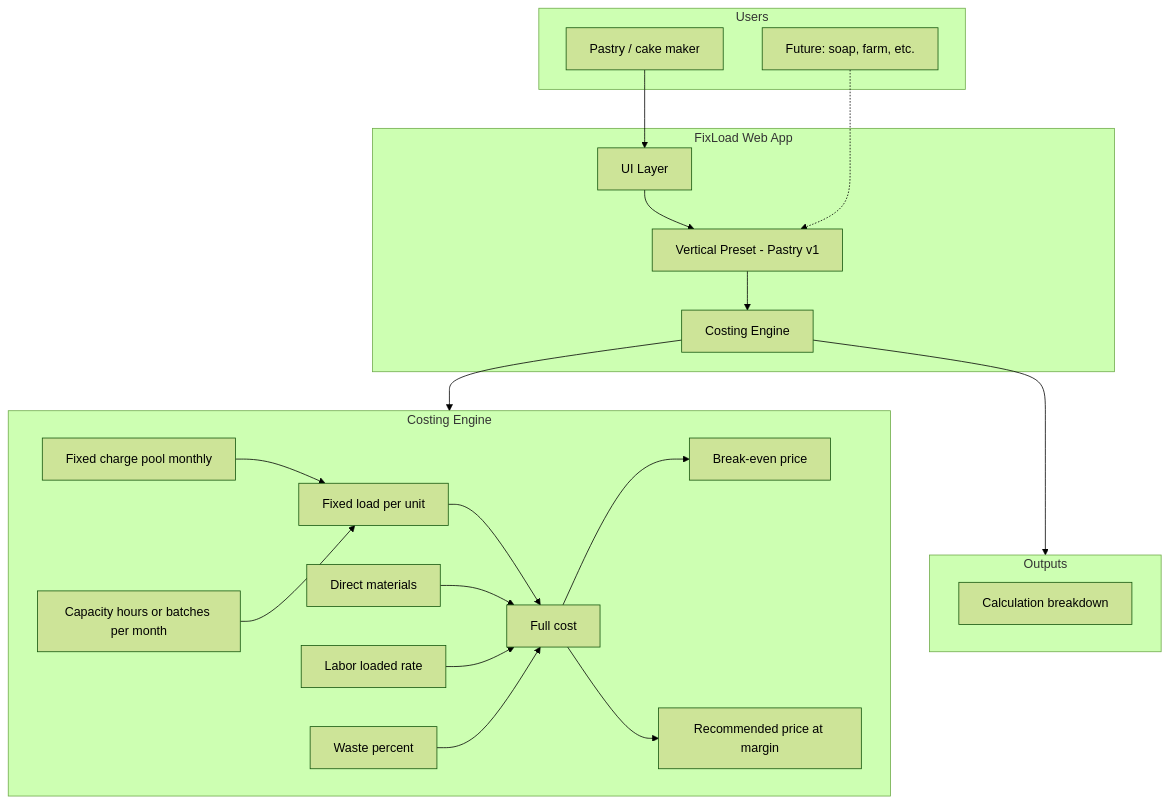
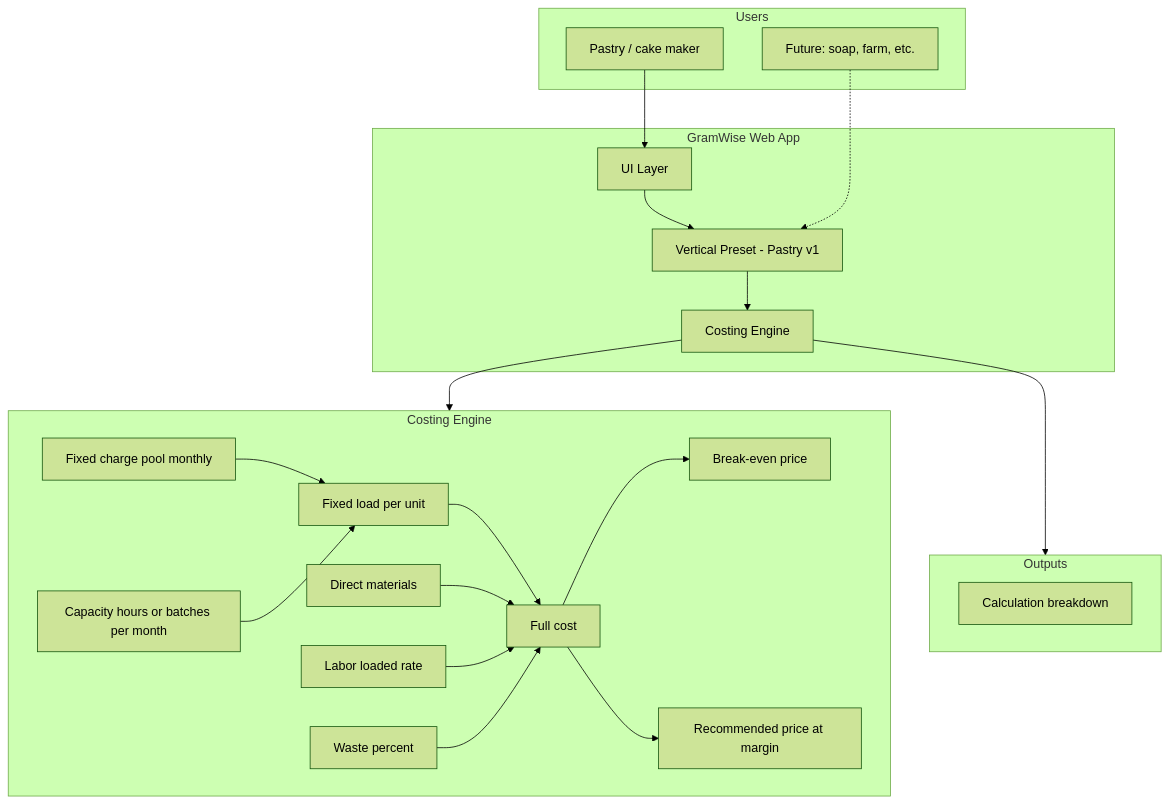
The first of 4 diagrams in PROJECT_BRIEF.md (abdouju30-prog/gramwise), drawn with Mermaid (forest theme) before and after one commit. The commit also changed other lines of this file and 6 other files, not shown here.

First line of the commit message:
Rename product from FixLoad to GramWise across project docs.

````diff
--- a/PROJECT_BRIEF.md
+++ b/PROJECT_BRIEF.md
@@ -124,44 +125,44 @@
 ```mermaid
 flowchart TB
   subgraph users [Users]
     Baker[Pastry / cake maker]
     Future[Future: soap, farm, etc.]
   end
 
-  subgraph app [FixLoad Web App]
+  subgraph app [GramWise Web App]
     UI[UI Layer]
     Preset[Vertical Preset - Pastry v1]
     Engine[Costing Engine]
     UI --> Preset
     Preset --> Engine
   end
 
   subgraph engine_detail [Costing Engine]
     FC[Fixed charge pool monthly]
     CAP[Capacity hours or batches per month]
     ALLOC[Fixed load per unit]
     DIR[Direct materials]
     LAB[Labor loaded rate]
     WASTE[Waste percent]
     FC --> ALLOC
     CAP --> ALLOC
     ALLOC --> FULL[Full cost]
     DIR --> FULL
     LAB --> FULL
     WASTE --> FULL
     FULL --> MIN[Break-even price]
     FULL --> REC[Recommended price at margin]
   end
 
   Engine --> engine_detail
 
   subgraph outputs [Outputs]
     MIN
     REC
     BRK[Calculation breakdown]
   end
 
   Baker --> UI
   Future -.-> Preset
   Engine --> outputs
 ```
````
